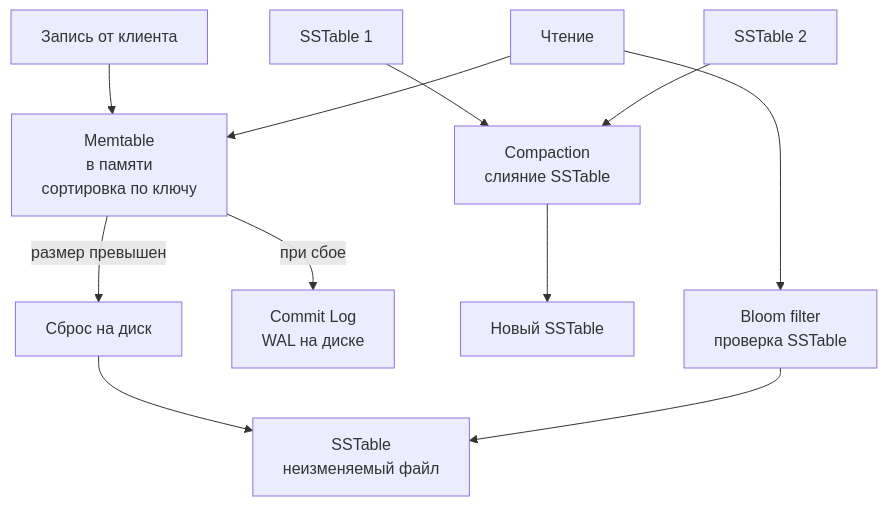
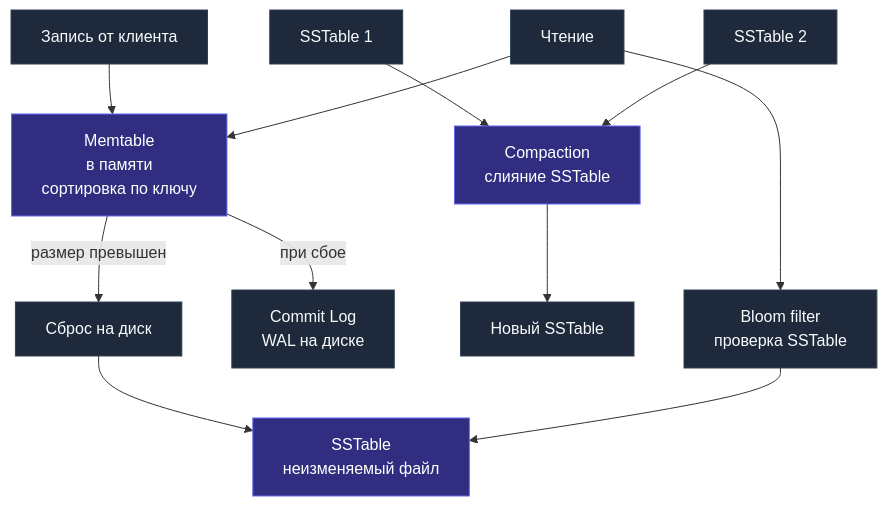
Before and after one commit to UnrealTemplier/go-textbook: the second of 2 diagrams in sources/12. Базы данных/09. NoSQL базы/9. Column базы. Cassandra.md, drawn with Mermaid. The commit also changed other lines of this file, not shown here.

````diff
--- a/sources/12. Базы данных/09. NoSQL базы/9. Column базы. Cassandra.md
+++ b/sources/12. Базы данных/09. NoSQL базы/9. Column базы. Cassandra.md
@@ -55,13 +68,17 @@
 ```mermaid
 flowchart TD
     Write["Запись от клиента"] --> Memtable["Memtable<br>в памяти<br>сортировка по ключу"]
     Memtable -->|"размер превышен"| Flush["Сброс на диск"]
     Flush --> SSTable["SSTable<br>неизменяемый файл"]
     Memtable -->|"при сбое"| CommitLog["Commit Log<br>WAL на диске"]
     SSTable1["SSTable 1"] --> Compaction["Compaction<br>слияние SSTable"]
     SSTable2["SSTable 2"] --> Compaction
     Compaction --> NewSST["Новый SSTable"]
     Read["Чтение"] --> Memtable
     Read --> BloomFilter["Bloom filter<br>проверка SSTable"]
     BloomFilter --> SSTable
+
+    classDef default fill:#1e293b,stroke:#334155,color:#f8fafc;
+    classDef active fill:#312e81,stroke:#6366f1,color:#ffffff;
+    class Memtable,SSTable,Compaction active;
 ```
````
